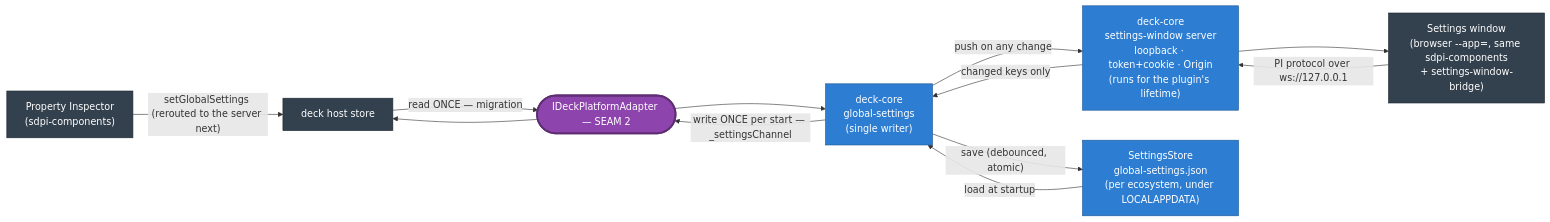
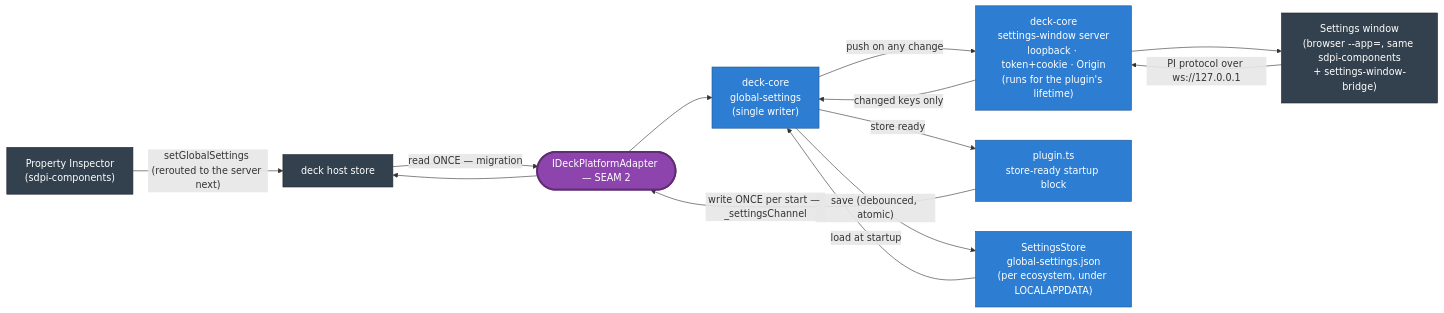
One commit to niklam/iracedeck changed the fourth of 6 diagrams in packages/website/src/content/docs/docs/development/architecture.md. Above: the diagram before and after it, drawn with Mermaid. The commit also changed other lines of this file and 3 other files, not shown here.

Commit message:
docs(settings): phase-1 caveat covers both directions; verify procedure, diagram attribution, init snippet (#993)

````diff
--- a/packages/website/src/content/docs/docs/development/architecture.md
+++ b/packages/website/src/content/docs/docs/development/architecture.md
@@ -150,26 +150,28 @@
 ```mermaid
 flowchart LR
   pi["Property Inspector<br/>(sdpi-components)"]:::ext
   win["Settings window<br/>(browser --app=, same sdpi-components<br/>+ settings-window-bridge)"]:::ext
   srv["deck-core<br/>settings-window server<br/>loopback · token+cookie · Origin<br/>(runs for the plugin's lifetime)"]:::core
   gs["deck-core<br/>global-settings<br/>(single writer)"]:::core
+  boot["plugin.ts<br/>store-ready startup block"]:::core
   store["SettingsStore<br/>global-settings.json<br/>(per ecosystem, under LOCALAPPDATA)"]:::core
   core(["IDeckPlatformAdapter — SEAM 2"]):::seam
   host["deck host store"]:::ext
 
   win -->|"PI protocol over ws://127.0.0.1"| srv
   srv -->|"changed keys only"| gs
   gs -->|"save (debounced, atomic)"| store
   store -->|"load at startup"| gs
   gs -->|"push on any change"| srv
   srv --> win
   host -->|"read ONCE — migration"| core
   core --> gs
-  gs -->|"write ONCE per start — _settingsChannel"| core
+  gs -->|"store ready"| boot
+  boot -->|"write ONCE per start — _settingsChannel"| core
   core --> host
   pi -->|"setGlobalSettings (rerouted to the server next)"| host
 
   classDef ext fill:#33404d,color:#fff,stroke:#1d262e;
   classDef seam fill:#8e44ad,color:#fff,stroke:#5e2d73,stroke-width:3px;
   classDef core fill:#2d7dd2,color:#fff,stroke:#1f5793;
 ```
````
